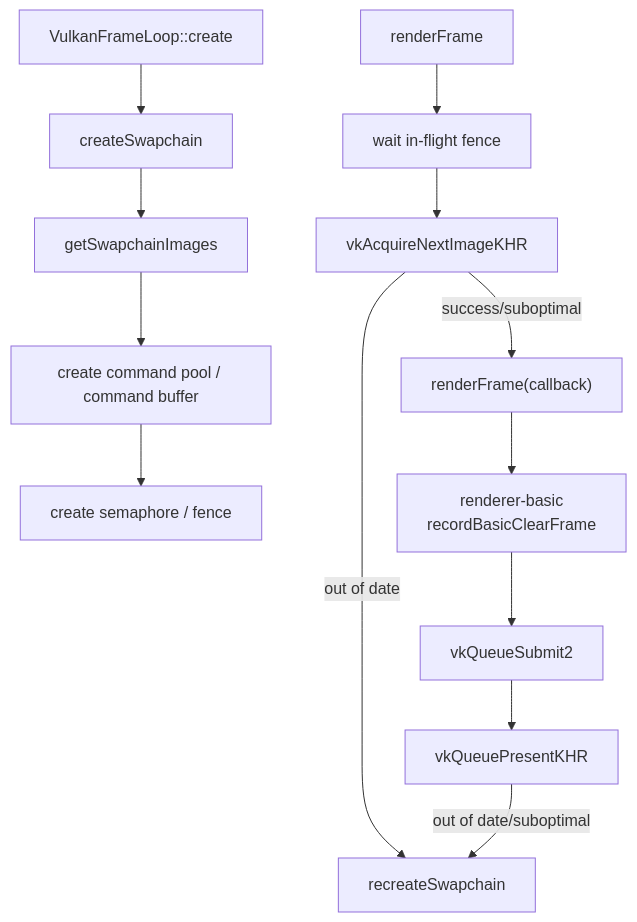
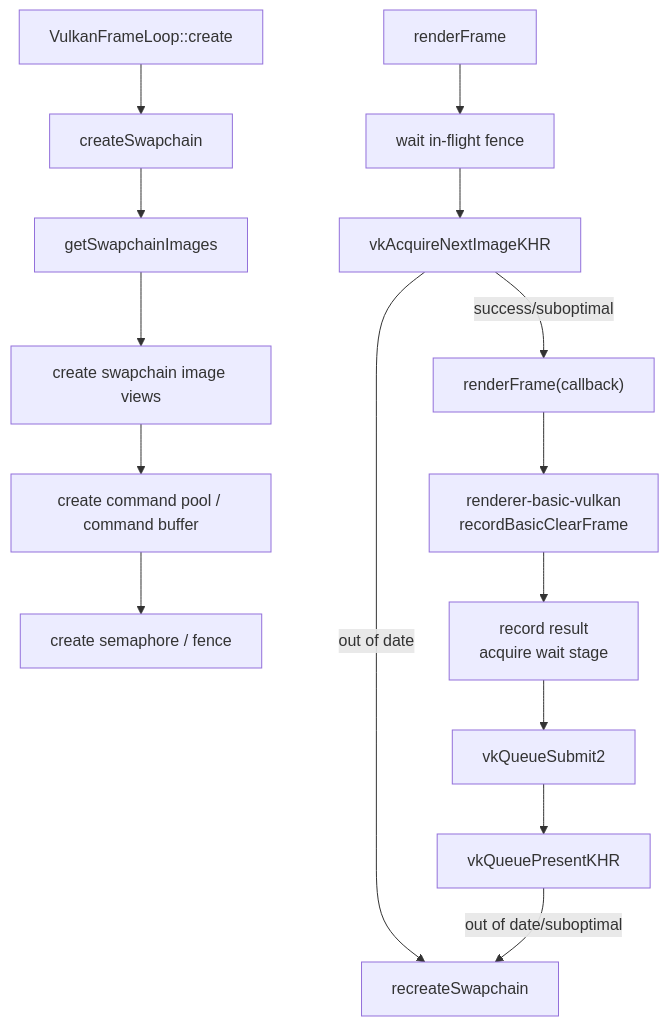
One commit to 66six11/Engine changed the third of 8 diagrams in docs/flow-architecture.md. Above: the diagram before and after it, drawn with Mermaid. The commit also changed other lines of this file and 11 other files, not shown here.

````diff
--- a/docs/flow-architecture.md
+++ b/docs/flow-architecture.md
@@ -91,22 +101,24 @@
 ```mermaid
 flowchart TD
     Create["VulkanFrameLoop::create"]
     Swapchain["createSwapchain"]
     Images["getSwapchainImages"]
+    Views["create swapchain image views"]
     Cmd["create command pool / command buffer"]
     Sync["create semaphore / fence"]
     Render["renderFrame"]
     Wait["wait in-flight fence"]
     Acquire["vkAcquireNextImageKHR"]
     Record["renderFrame(callback)"]
-    GraphClear["renderer-basic<br/>recordBasicClearFrame"]
+    GraphClear["renderer-basic-vulkan<br/>recordBasicClearFrame"]
+    WaitStage["record result<br/>acquire wait stage"]
     Submit["vkQueueSubmit2"]
     Present["vkQueuePresentKHR"]
     Recreate["recreateSwapchain"]
 
-    Create --> Swapchain --> Images --> Cmd --> Sync
+    Create --> Swapchain --> Images --> Views --> Cmd --> Sync
     Render --> Wait --> Acquire
-    Acquire -->|success/suboptimal| Record --> GraphClear --> Submit --> Present
+    Acquire -->|success/suboptimal| Record --> GraphClear --> WaitStage --> Submit --> Present
     Acquire -->|out of date| Recreate
     Present -->|out of date/suboptimal| Recreate
 ```
````
